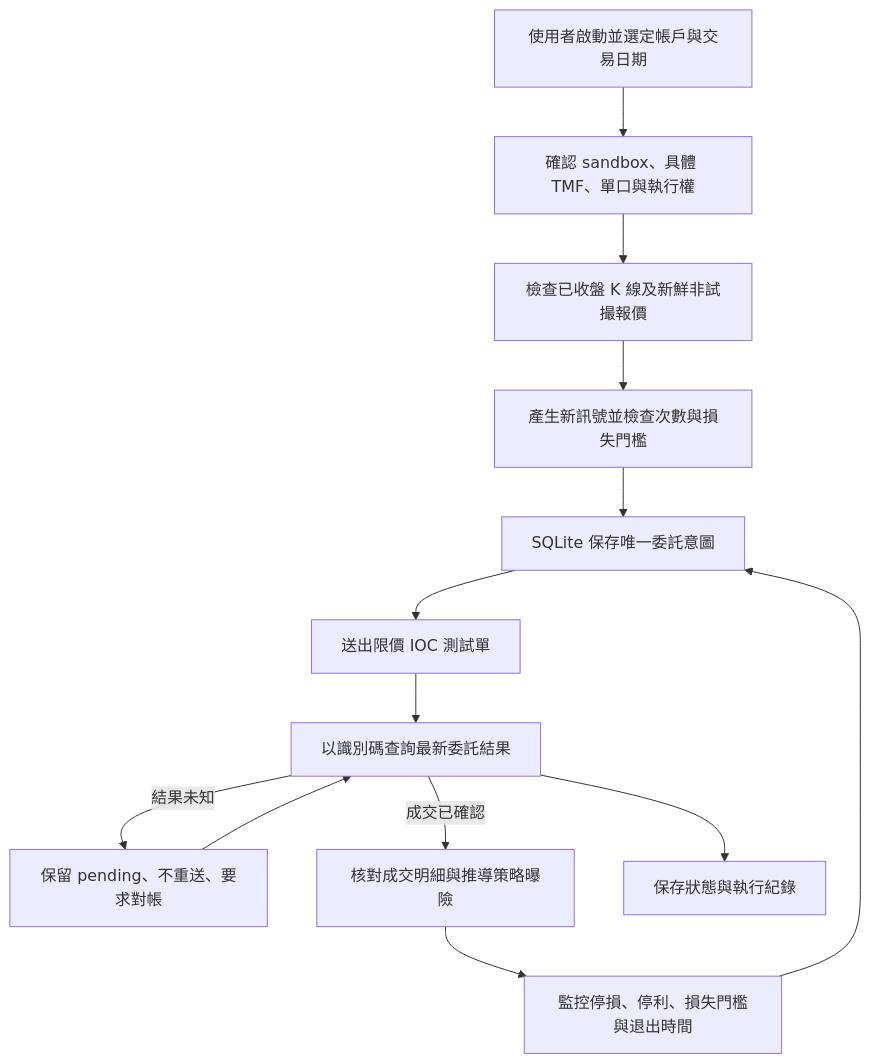
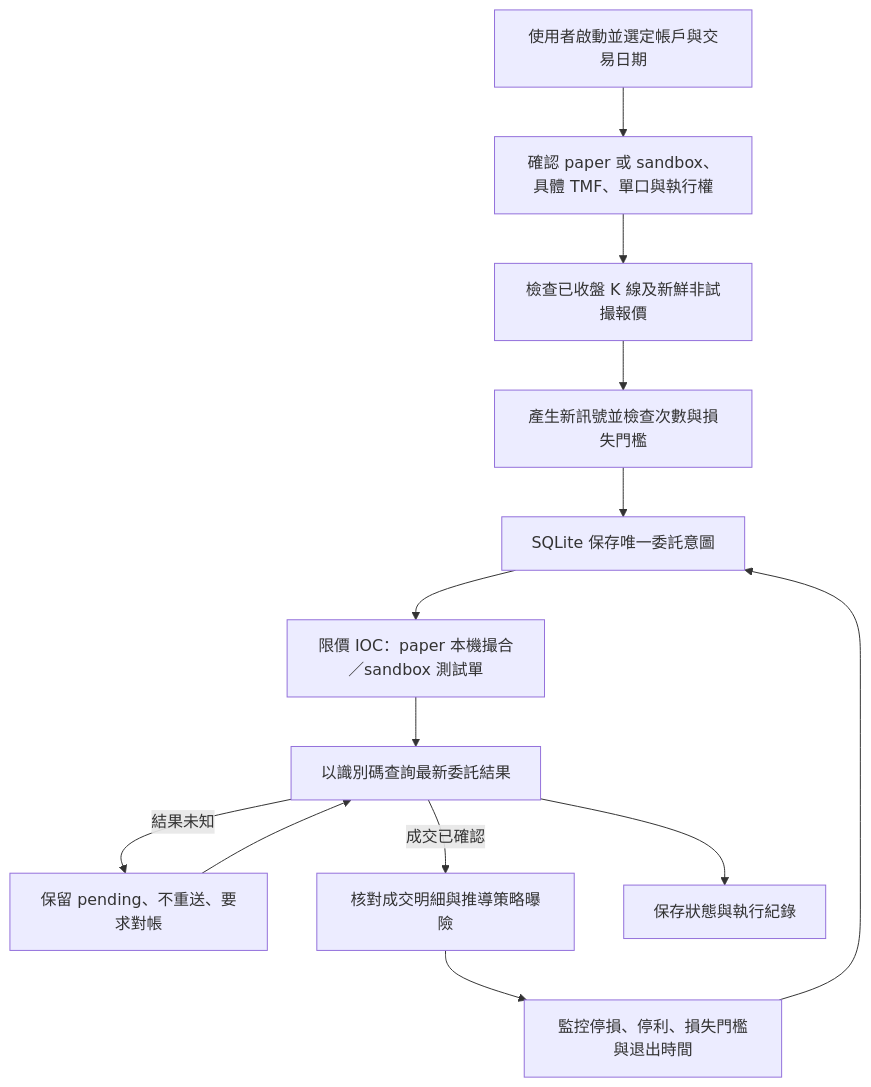
The diagram in docs/design/sandbox-auto-trading.md (chenghsj/fubon-trading), drawn with Mermaid before and after one commit. The commit also changed other lines of this file and 23 other files, not shown here.

````diff
--- a/docs/design/sandbox-auto-trading.md
+++ b/docs/design/sandbox-auto-trading.md
@@ -11,15 +11,15 @@
 ```mermaid
 flowchart TD
-    A[使用者啟動並選定帳戶與交易日期] --> B[確認 sandbox、具體 TMF、單口與執行權]
+    A[使用者啟動並選定帳戶與交易日期] --> B[確認 paper 或 sandbox、具體 TMF、單口與執行權]
     B --> C[檢查已收盤 K 線及新鮮非試撮報價]
     C --> D[產生新訊號並檢查次數與損失門檻]
     D --> E[SQLite 保存唯一委託意圖]
-    E --> F[送出限價 IOC 測試單]
+    E --> F[限價 IOC：paper 本機撮合／sandbox 測試單]
     F --> G[以識別碼查詢最新委託結果]
     G -->|結果未知| H[保留 pending、不重送、要求對帳]
     H --> G
     G -->|成交已確認| I[核對成交明細與推導策略曝險]
     I --> J[監控停損、停利、損失門檻與退出時間]
     J --> E
     G --> K[保存狀態與執行紀錄]
 ```
````
